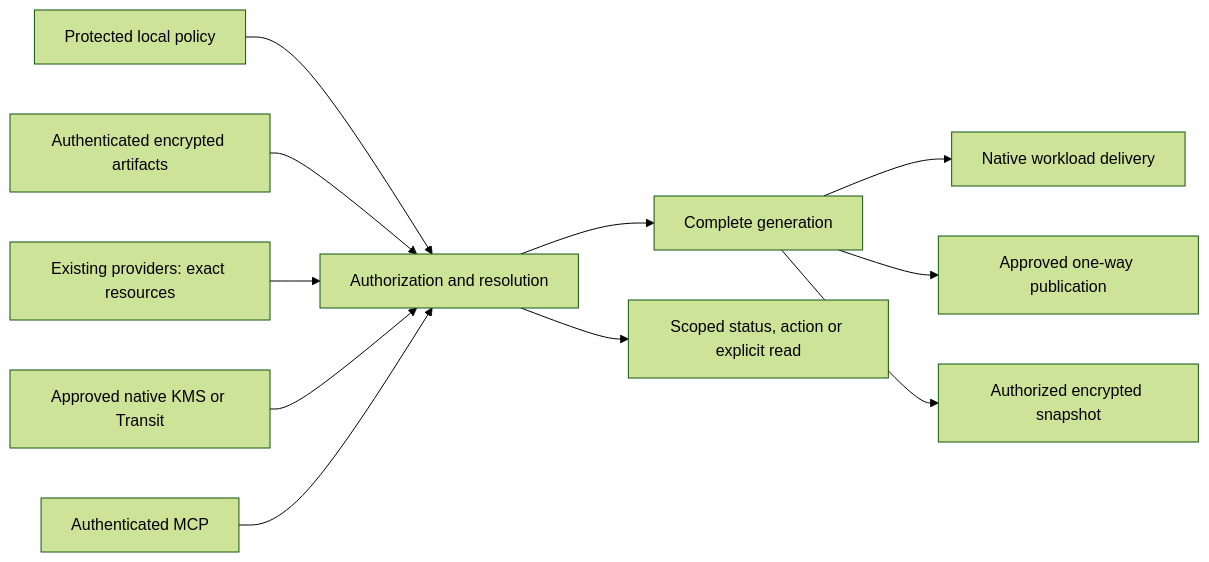
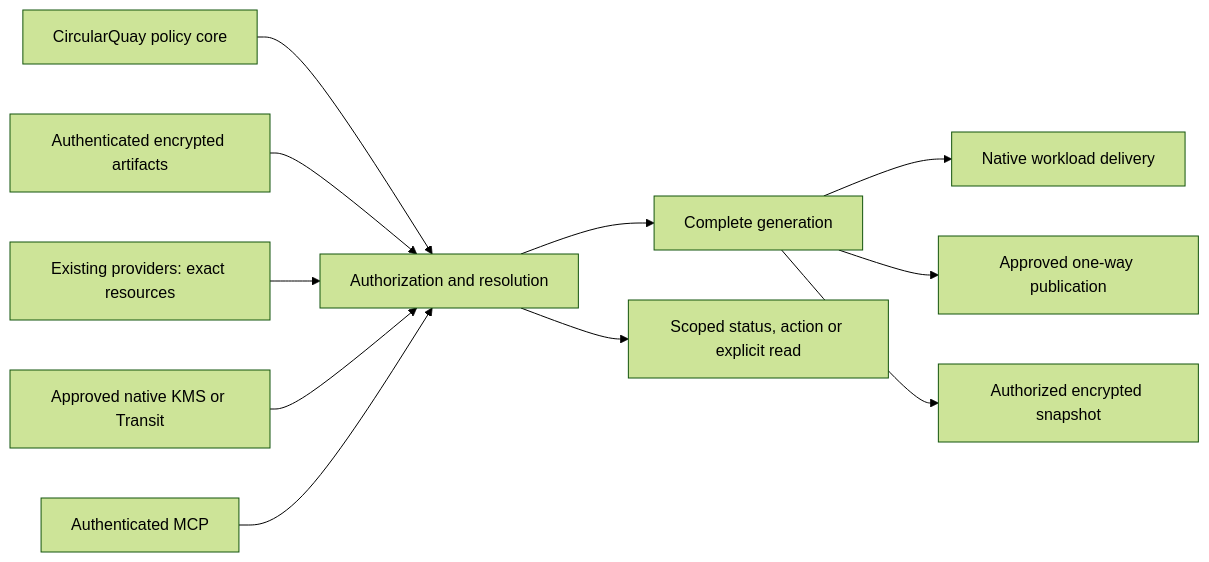
One commit to maldous/CircularQuay changed the diagram in docs/assets/architecture-overview.mmd. Above: the diagram before and after it, drawn with Mermaid (forest theme). The commit also changed 69 other files, not shown here.

```diff
--- a/docs/assets/architecture-overview.mmd
+++ b/docs/assets/architecture-overview.mmd
@@ -1,11 +1,11 @@
 flowchart LR
-  P[Protected local policy] --> R[Authorization and resolution]
+  P[CircularQuay policy core] --> R[Authorization and resolution]
   F[Authenticated encrypted artifacts] --> R
   V[Existing providers: exact resources] --> R
   K[Approved native KMS or Transit] --> R
   R --> G[Complete generation]
   G --> L[Native workload delivery]
   G --> D[Approved one-way publication]
   G --> S[Authorized encrypted snapshot]
   M[Authenticated MCP] --> R
   R --> O[Scoped status, action or explicit read]
```
